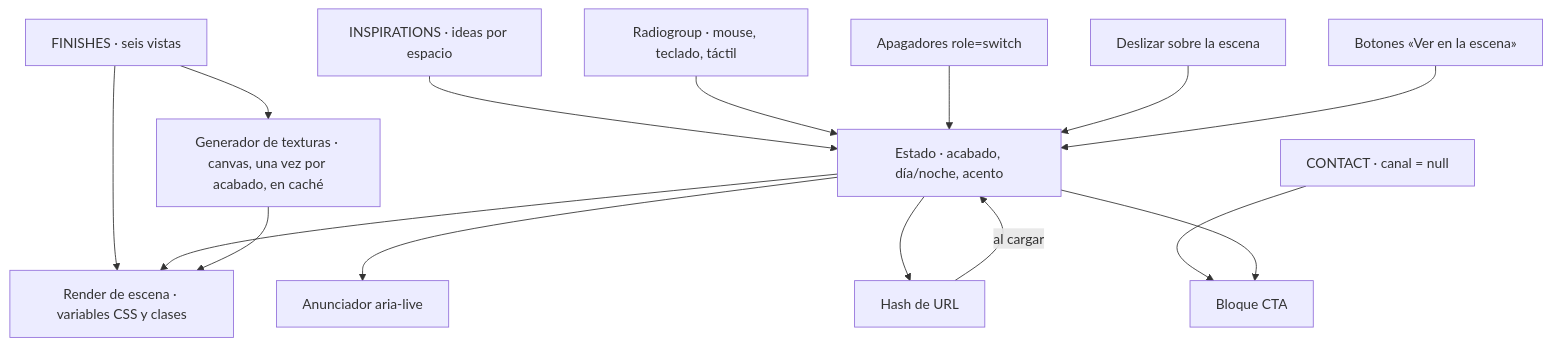
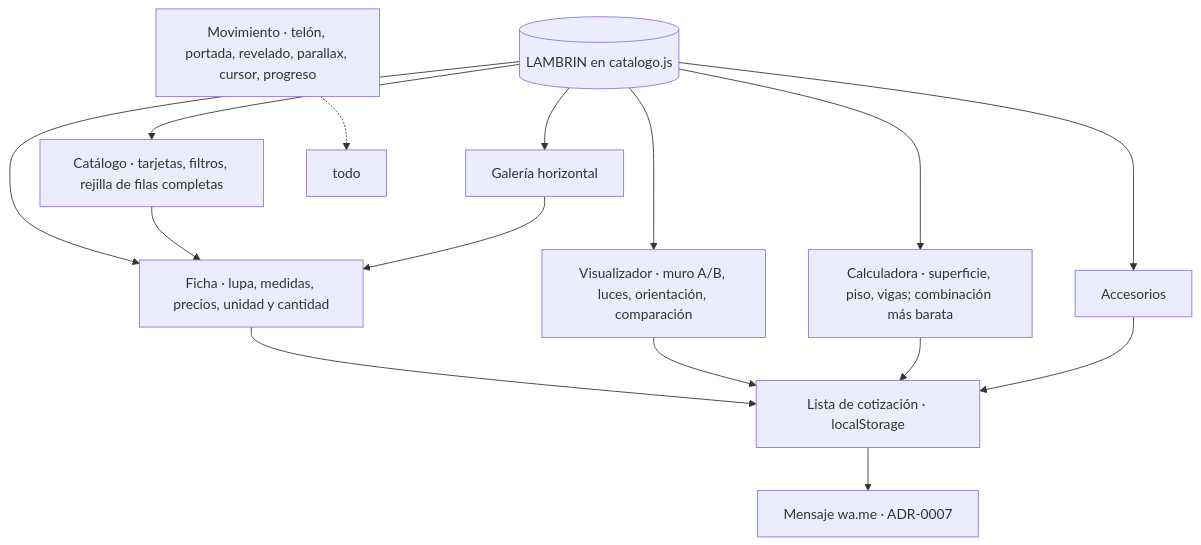
One commit to cafe-orvin/lambrin-landing changed the third of 3 diagrams in blueprints/_sistema/02-diagramas.md. Above: the diagram before and after it, drawn with Mermaid. The commit also changed other lines of this file and 9 other files, not shown here.

````diff
--- a/blueprints/_sistema/02-diagramas.md
+++ b/blueprints/_sistema/02-diagramas.md
@@ -25,17 +28,17 @@
 ```mermaid
 flowchart TB
-  D[FINISHES · seis vistas] --> T[Generador de texturas · canvas, una vez por acabado, en caché]
-  D --> R[Render de escena · variables CSS y clases]
-  I[INSPIRATIONS · ideas por espacio] --> S
-  K[CONTACT · canal = null] --> CTA[Bloque CTA]
-  S[Estado · acabado, día/noche, acento] --> R
-  S --> A[Anunciador aria-live]
-  S --> HS[Hash de URL]
-  S --> CTA
-  U1[Radiogroup · mouse, teclado, táctil] --> S
-  U2[Apagadores role=switch] --> S
-  U3[Deslizar sobre la escena] --> S
-  U4[Botones «Ver en la escena»] --> S
-  HS -->|al cargar| S
-  T --> R
+  D[(LAMBRIN en catalogo.js)] --> G[Catálogo · tarjetas, filtros, rejilla de filas completas]
+  D --> F[Ficha · lupa, medidas, precios, unidad y cantidad]
+  D --> VZ[Visualizador · muro A/B, luces, orientación, comparación]
+  D --> CA[Calculadora · superficie, piso, vigas; combinación más barata]
+  D --> GA[Galería horizontal]
+  D --> AC[Accesorios]
+  G --> F
+  GA --> F
+  F --> Q[Lista de cotización · localStorage]
+  VZ --> Q
+  CA --> Q
+  AC --> Q
+  Q --> WA[Mensaje wa.me · ADR-0007]
+  M[Movimiento · telón, portada, revelado, parallax, cursor, progreso] -.-> todo
 ```
````
